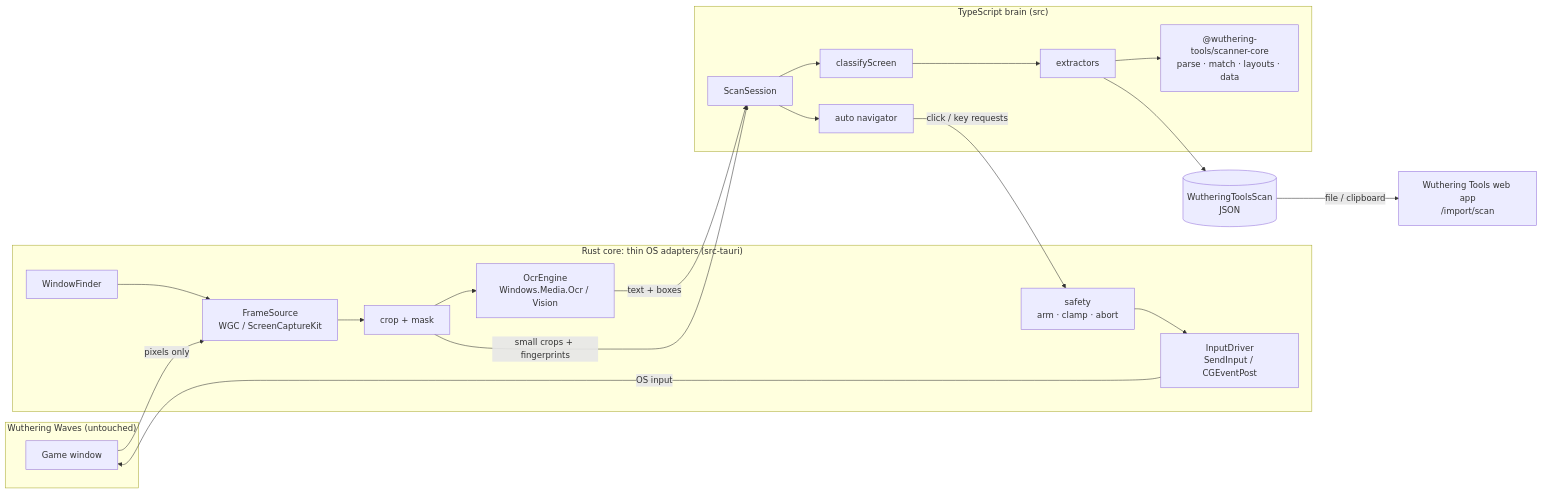
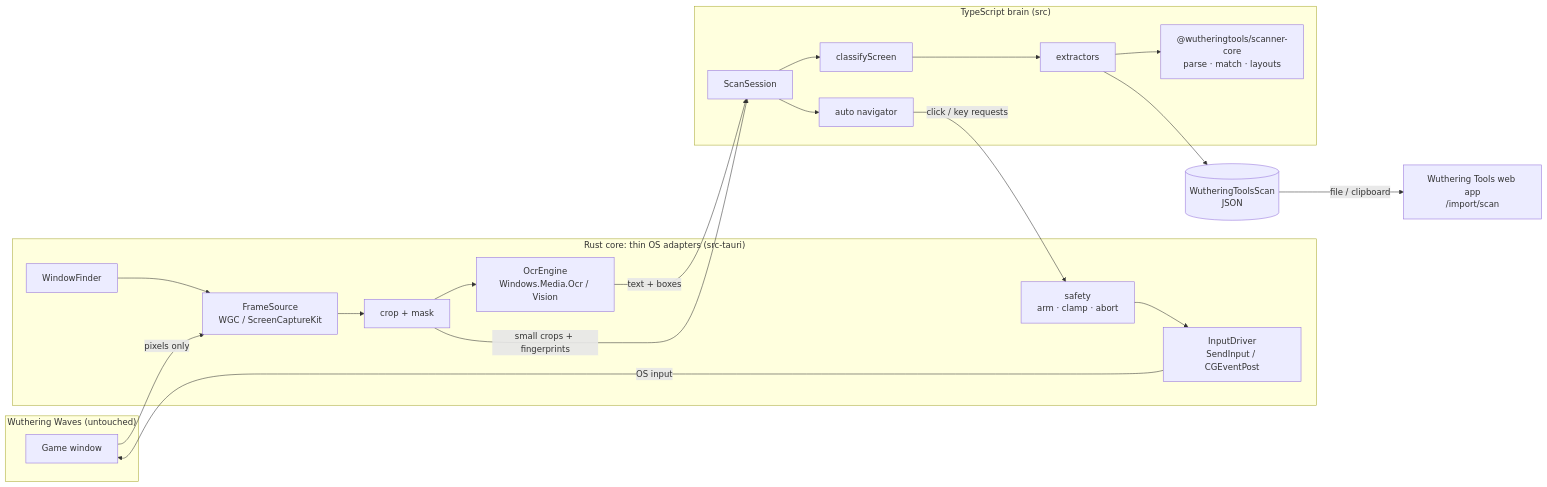
The first of 2 diagrams in docs/architecture.md (wavescan/wavescan), drawn with Mermaid before and after one commit. The commit also changed other lines of this file and 8 other files, not shown here.

First line of the commit message:
feat: depend on @wutheringtools/scanner-core 0.1.1 (adr 0019) (#9)

````diff
--- a/docs/architecture.md
+++ b/docs/architecture.md
@@ -9,34 +9,34 @@
 ```mermaid
 flowchart LR
   subgraph Game["Wuthering Waves (untouched)"]
     GW[Game window]
   end
 
   subgraph Rust["Rust core: thin OS adapters (src-tauri)"]
     WF[WindowFinder]
     FS[FrameSource<br/>WGC / ScreenCaptureKit]
     CR[crop + mask]
     OCR[OcrEngine<br/>Windows.Media.Ocr / Vision]
     IN[InputDriver<br/>SendInput / CGEventPost]
     SF[safety<br/>arm · clamp · abort]
   end
 
   subgraph TS["TypeScript brain (src)"]
     SS[ScanSession]
     CL[classifyScreen]
     EX[extractors]
     NAV[auto navigator]
-    CORE["@wuthering-tools/scanner-core<br/>parse · match · layouts · data"]
+    CORE["@wutheringtools/scanner-core<br/>parse · match · layouts"]
   end
 
   OUT[(WutheringToolsScan<br/>JSON)]
   WEB[Wuthering Tools web app<br/>/import/scan]
 
   GW -- pixels only --> FS
   WF --> FS --> CR --> OCR
   CR -- small crops + fingerprints --> SS
   OCR -- text + boxes --> SS
   SS --> CL --> EX --> CORE
   SS --> NAV -- click / key requests --> SF --> IN -- OS input --> GW
   EX --> OUT -- file / clipboard --> WEB
 ```
````
